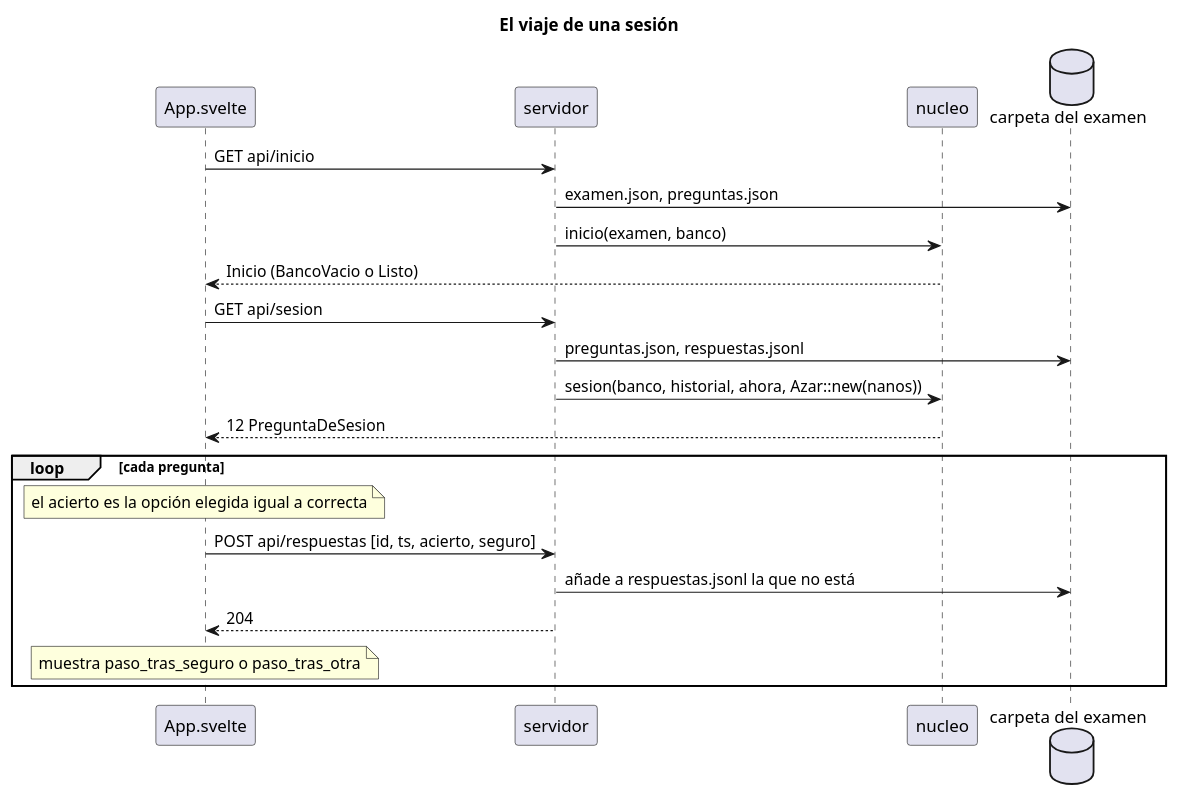
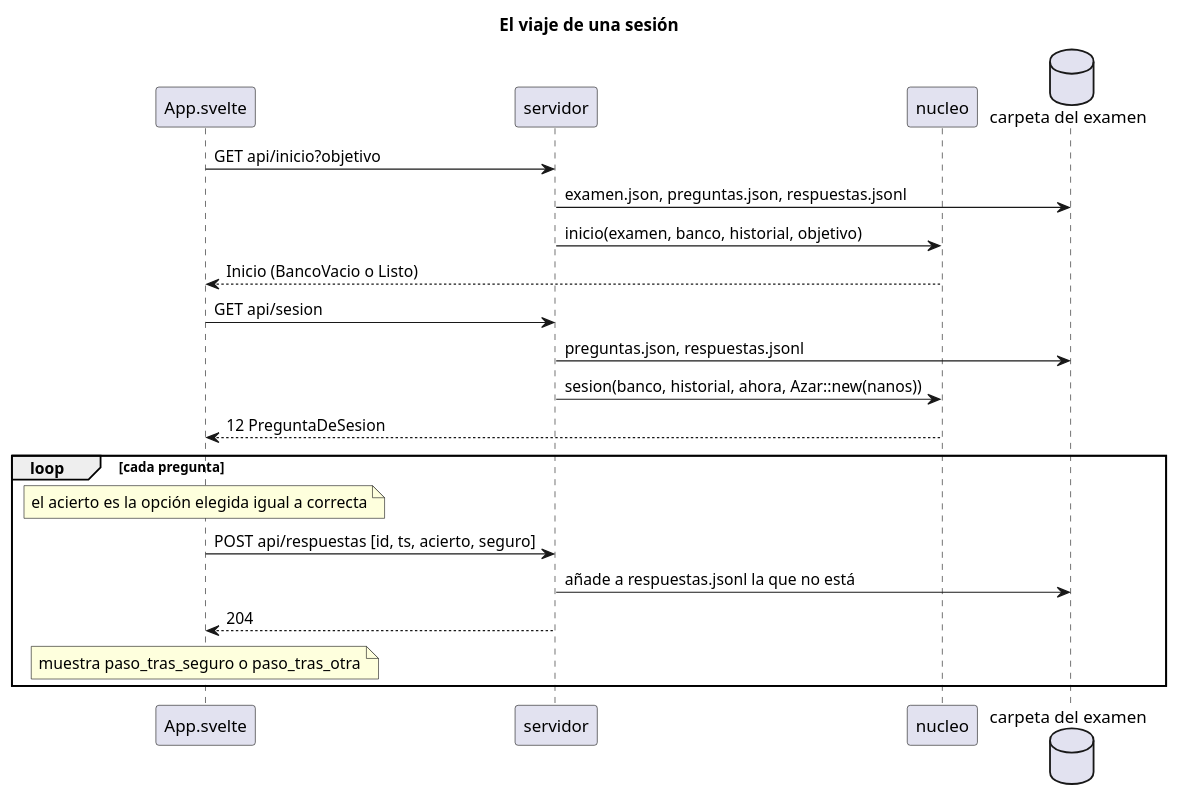
One commit to jfdg01/examenes changed the third of 3 diagrams in docs/el-diagrama.puml. Above: the diagram before and after it, drawn with PlantUML. The commit also changed other lines of this file, not shown here.

First line of the commit message:
docs: el diagrama lleva la tarjeta de la nota y el objetivo del inicio

```diff
--- a/docs/el-diagrama.puml
+++ b/docs/el-diagrama.puml
@@ -162,27 +196,27 @@
 @startuml el-viaje-de-una-sesion
 skinparam shadowing false
 title El viaje de una sesión
 
 participant "App.svelte" as App
 participant servidor as S
 participant nucleo as N
 database "carpeta del examen" as C
 
-App -> S : GET api/inicio
-S -> C : examen.json, preguntas.json
-S -> N : inicio(examen, banco)
+App -> S : GET api/inicio?objetivo
+S -> C : examen.json, preguntas.json, respuestas.jsonl
+S -> N : inicio(examen, banco, historial, objetivo)
 N --> App : Inicio (BancoVacio o Listo)
 
 App -> S : GET api/sesion
 S -> C : preguntas.json, respuestas.jsonl
 S -> N : sesion(banco, historial, ahora, Azar::new(nanos))
 N --> App : 12 PreguntaDeSesion
 
 loop cada pregunta
   note over App : el acierto es la opción elegida igual a correcta
   App -> S : POST api/respuestas [id, ts, acierto, seguro]
   S -> C : añade a respuestas.jsonl la que no está
   S --> App : 204
   note over App : muestra paso_tras_seguro o paso_tras_otra
 end
 @enduml
```
